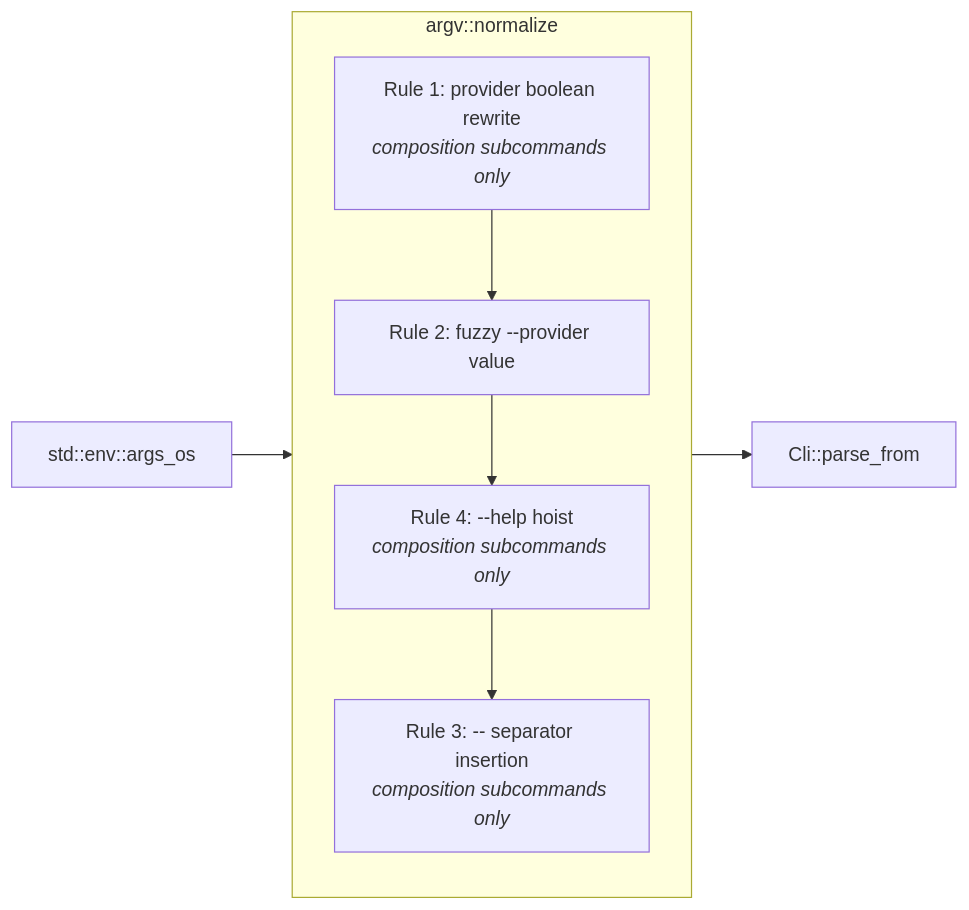
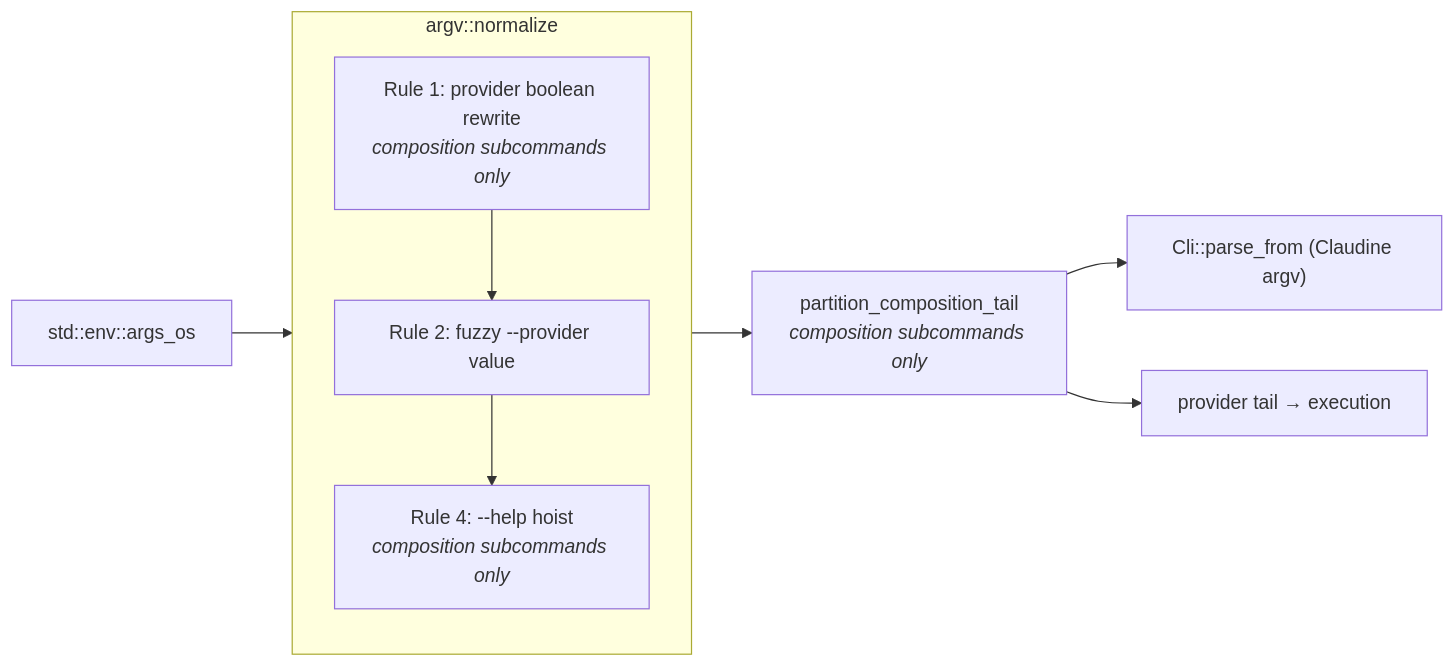
The diagram in claudine/docs/topics/argv-normalization.md (yankeeinlondon/rusty-biscuit), drawn with Mermaid before and after one commit. The commit also changed other lines of this file and 18 other files, not shown here.

````diff
--- a/claudine/docs/topics/argv-normalization.md
+++ b/claudine/docs/topics/argv-normalization.md
@@ -23,13 +23,14 @@
 ```mermaid
 flowchart LR
     A["std::env::args_os"] --> B["argv::normalize"]
     subgraph B["argv::normalize"]
         direction TB
         R1["Rule 1: provider boolean rewrite<br/><i>composition subcommands only</i>"]
         R2["Rule 2: fuzzy --provider value"]
         R4["Rule 4: --help hoist<br/><i>composition subcommands only</i>"]
-        R3["Rule 3: -- separator insertion<br/><i>composition subcommands only</i>"]
-        R1 --> R2 --> R4 --> R3
+        R1 --> R2 --> R4
     end
-    B --> C["Cli::parse_from"]
+    B --> P["partition_composition_tail<br/><i>composition subcommands only</i>"]
+    P --> C["Cli::parse_from (Claudine argv)"]
+    P --> T["provider tail → execution"]
 ```
````
